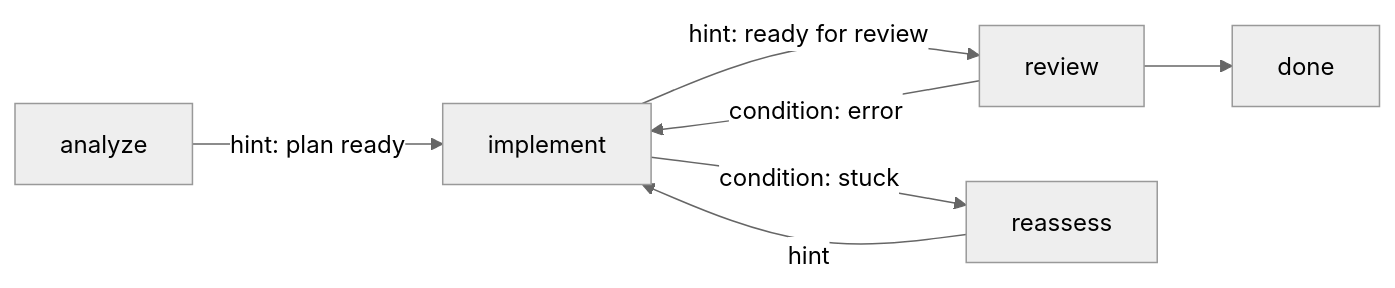
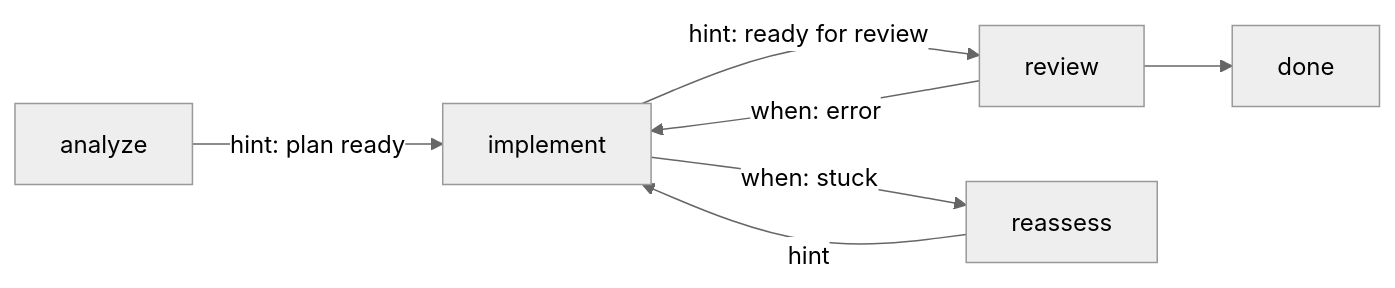
One commit to GEMISIS/leviath changed the diagram in docs/content/stages.md. Above: the diagram before and after it, drawn with Mermaid (neutral theme). The commit also changed other lines of this file and 849 other files, not shown here.

````diff
--- a/docs/content/stages.md
+++ b/docs/content/stages.md
@@ -22,9 +22,9 @@
 ```mermaid
 flowchart LR
   analyze -->|hint: plan ready| implement
   implement -->|hint: ready for review| review
-  implement -->|condition: stuck| reassess
-  review -->|condition: error| implement
+  implement -->|when: stuck| reassess
+  review -->|when: error| implement
   reassess -->|hint| implement
   review --> done["done"]
 ```
````
